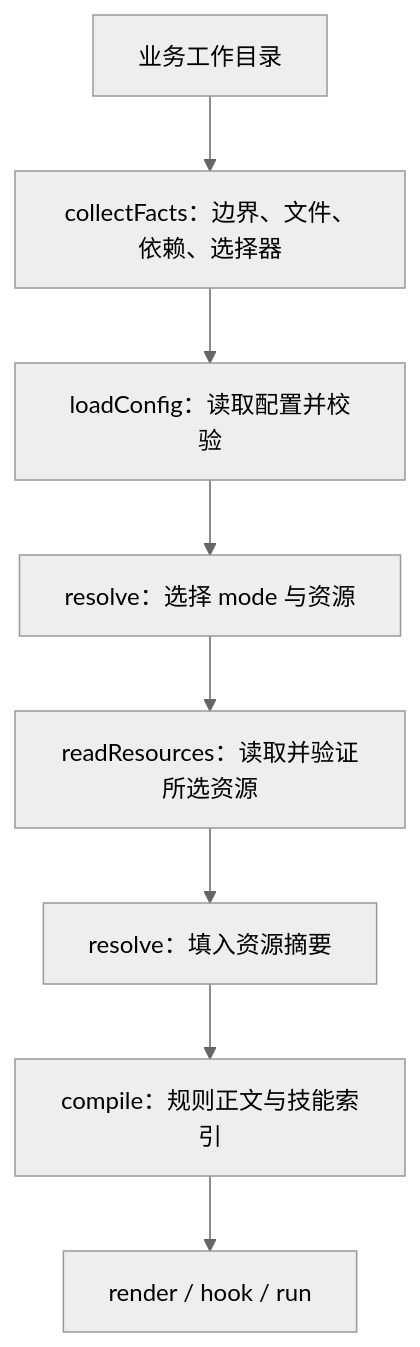
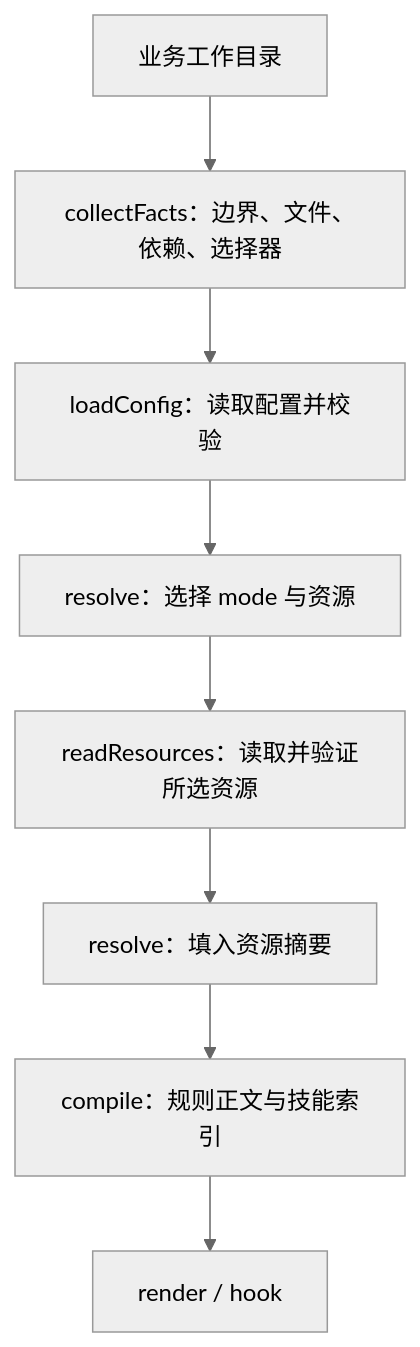
The diagram in docs/architecture.md (guxi11/modeck), drawn with Mermaid (neutral theme) before and after one commit. The commit also changed other lines of this file and 3 other files, not shown here.

````diff
--- a/docs/architecture.md
+++ b/docs/architecture.md
@@ -34,12 +34,12 @@
 ```mermaid
 flowchart TB
   accTitle: Modeck context preparation flow
   accDescr: Collect workspace facts, load trusted configuration, select modes, verify selected resources, then compile and encode session context.
   workspace["业务工作目录"] --> facts["collectFacts：边界、文件、依赖、选择器"]
   facts --> config["loadConfig：读取配置并校验"]
   config --> select["resolve：选择 mode 与资源"]
   select --> resources["readResources：读取并验证所选资源"]
   resources --> plan["resolve：填入资源摘要"]
   plan --> compile["compile：规则正文与技能索引"]
-  compile --> output["render / hook / run"]
+  compile --> output["render / hook"]
 ```
````
